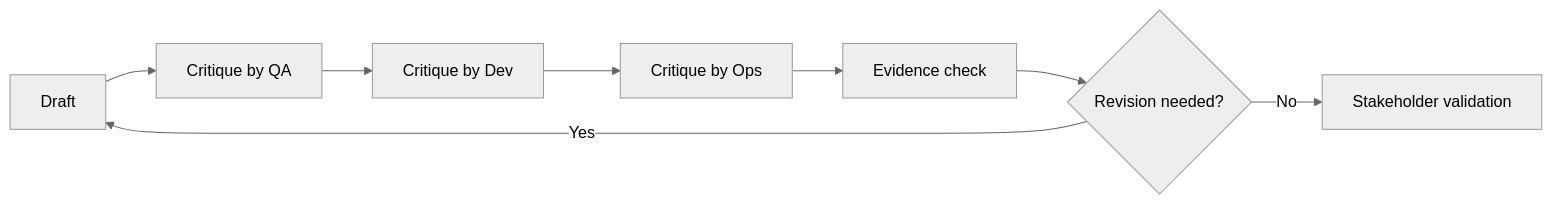
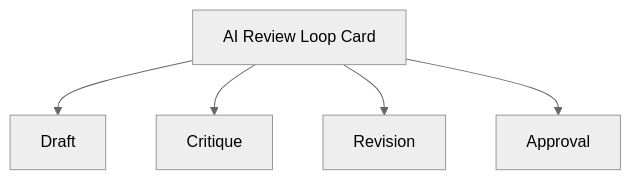
The second of 2 diagrams in docs/en/lessons/review-loops-and-critique/index.md (anhtnt90dev/ai-for-ba), drawn with Mermaid (neutral theme) before and after one commit. The commit also changed other lines of this file and 40 other files, not shown here.

````diff
--- a/docs/en/lessons/review-loops-and-critique/index.md
+++ b/docs/en/lessons/review-loops-and-critique/index.md
@@ -68,10 +173,8 @@
 ```mermaid
-flowchart LR
-    A["Draft"] --> B["Critique by QA"]
-    B --> C["Critique by Dev"]
-    C --> D["Critique by Ops"]
-    D --> E["Evidence check"]
-    E --> F{"Revision needed?"}
-    F -->|Yes| A
-    F -->|No| G["Stakeholder validation"]
+flowchart TD
+    A["AI Review Loop Card"]
+    A --> B["Draft"]
+    A --> C["Critique"]
+    A --> D["Revision"]
+    A --> E["Approval"]
 ```
````
